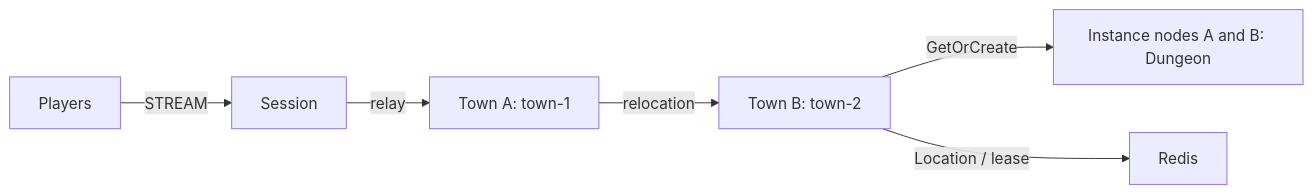
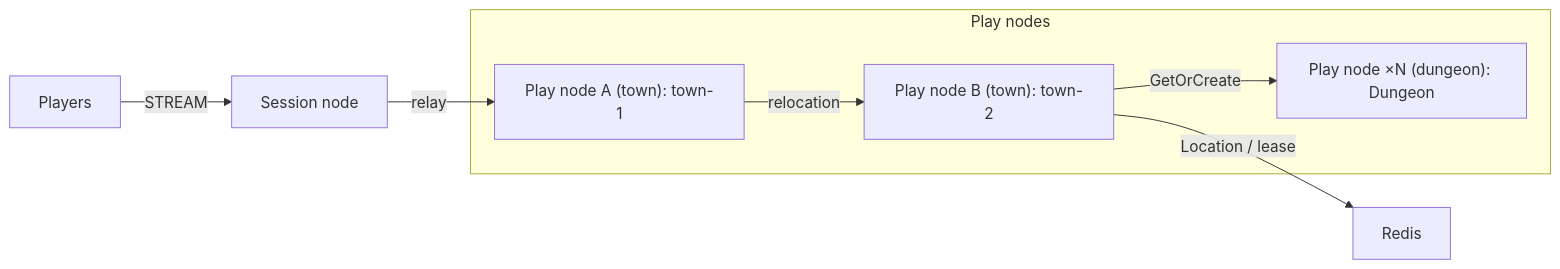
Before and after one commit to zlink-systems/zlink: the diagram in framework/languages/node/templates/morpg-channel-town/my-game/README.md, drawn with Mermaid. The commit also changed other lines of this file and 223 other files, not shown here.

First line of the commit message:
docs(templates): 모든 템플릿의 노드 이름을 Session node · Play node · API node로 (#5350)

````diff
--- a/framework/languages/node/templates/morpg-channel-town/my-game/README.md
+++ b/framework/languages/node/templates/morpg-channel-town/my-game/README.md
@@ -5,8 +5,13 @@
 ```mermaid
 flowchart LR
-    players[Players] -->|STREAM| session[Session]
-    session -->|relay| townA[Town A: town-1]
-    townA -->|relocation| townB[Town B: town-2]
-    townB -->|GetOrCreate| instance[Instance nodes A and B: Dungeon]
+    subgraph playNodes["Play nodes"]
+      townA["Play node A (town): town-1"]
+      townB["Play node B (town): town-2"]
+      instance["Play node ×N (dungeon): Dungeon"]
+    end
+    players[Players] -->|STREAM| session["Session node"]
+    session -->|relay| townA
+    townA -->|relocation| townB
+    townB -->|GetOrCreate| instance
     townB -->|Location / lease| location[Redis]
 ```
````
